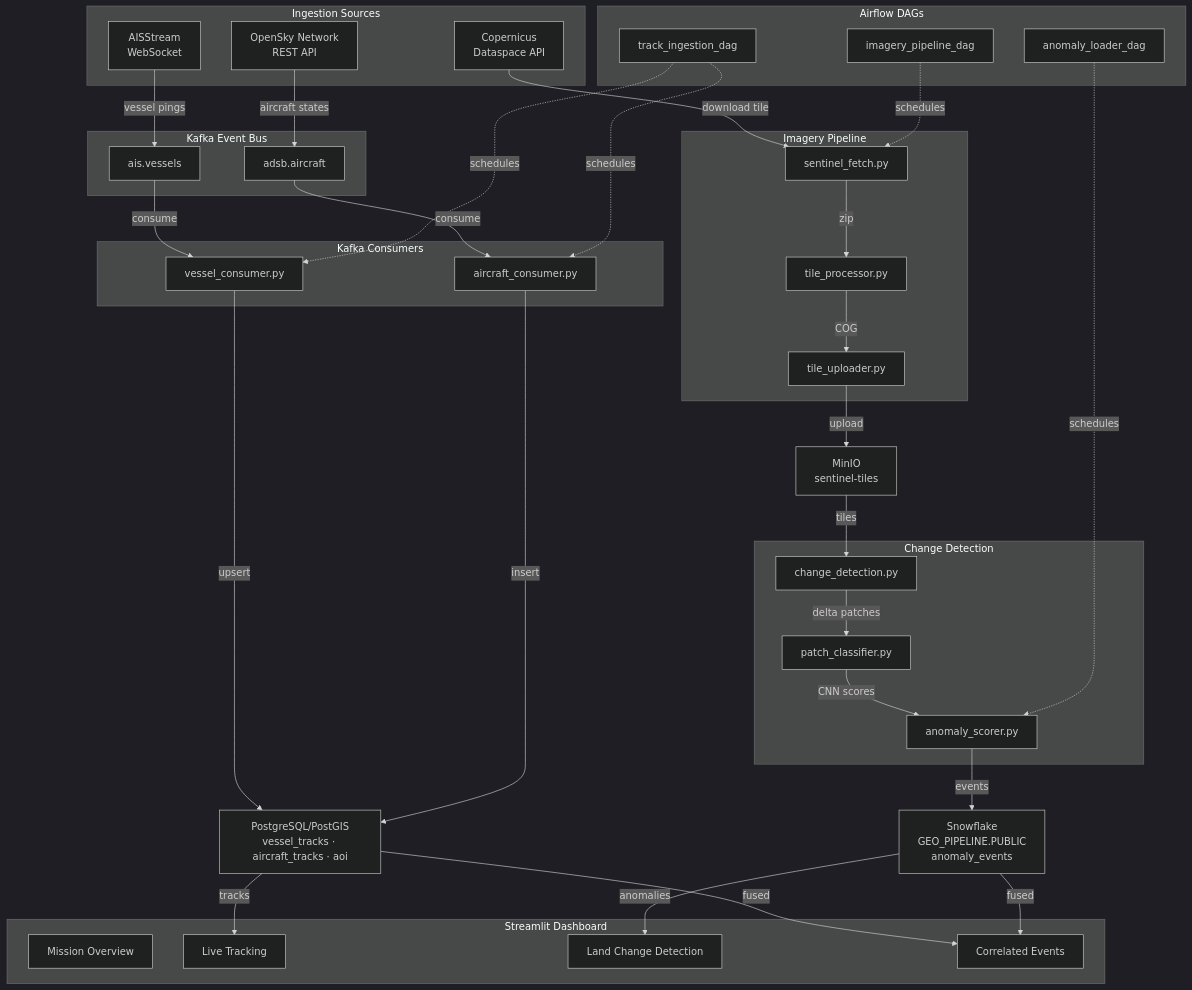
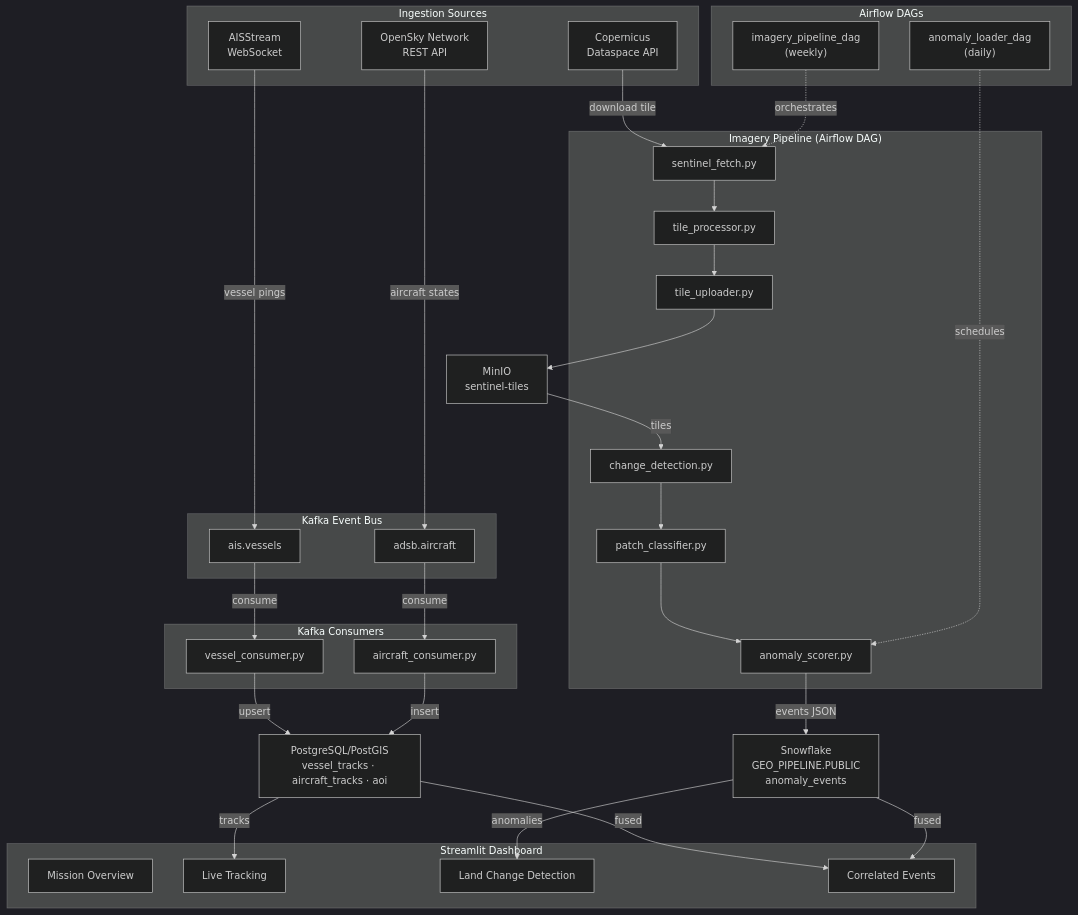
The diagram in README.md (cristi4nhdz/geospatial-activity-pipeline), drawn with Mermaid (dark theme) before and after one commit. The commit also changed other lines of this file, not shown here.

Commit message:
docs: update Python version to 3.12, remove track_ingestion_dag, add patch_classifier.pt to project structure

````diff
--- a/README.md
+++ b/README.md
@@ -34,69 +34,60 @@
 ```mermaid
 flowchart TD
     subgraph Sources["Ingestion Sources"]
         AIS["AISStream\nWebSocket"]
         OpenSky["OpenSky Network\nREST API"]
         Copernicus["Copernicus\nDataspace API"]
     end
 
     subgraph Kafka["Kafka Event Bus"]
         K1["ais.vessels"]
         K2["adsb.aircraft"]
     end
 
     subgraph Consumers["Kafka Consumers"]
         C1["vessel_consumer.py"]
         C2["aircraft_consumer.py"]
     end
 
-    subgraph Imagery["Imagery Pipeline"]
+    subgraph Imagery["Imagery Pipeline (Airflow DAG)"]
         F["sentinel_fetch.py"]
         P["tile_processor.py"]
         U["tile_uploader.py"]
-    end
-
-    subgraph Detection["Change Detection"]
         CD["change_detection.py"]
         PC["patch_classifier.py"]
         AS["anomaly_scorer.py"]
     end
 
     subgraph Orchestration["Airflow DAGs"]
-        D1["track_ingestion_dag"]
-        D2["imagery_pipeline_dag"]
-        D3["anomaly_loader_dag"]
+        D2["imagery_pipeline_dag\n(weekly)"]
+        D3["anomaly_loader_dag\n(daily)"]
     end
 
     subgraph Dashboard["Streamlit Dashboard"]
         DB1["Mission Overview"]
         DB2["Live Tracking"]
         DB3["Land Change Detection"]
         DB4["Correlated Events"]
     end
 
     PG["PostgreSQL/PostGIS\nvessel_tracks · aircraft_tracks · aoi"]
     MN["MinIO\nsentinel-tiles"]
     SF["Snowflake\nGEO_PIPELINE.PUBLIC\nanomaly_events"]
 
     AIS -->|vessel pings| K1
     OpenSky -->|aircraft states| K2
     K1 -->|consume| C1
     K2 -->|consume| C2
     C1 -->|upsert| PG
     C2 -->|insert| PG
     Copernicus -->|download tile| F
-    F -->|zip| P
-    P -->|COG| U
-    U -->|upload| MN
+    F --> P --> U --> MN
     MN -->|tiles| CD
-    CD -->|delta patches| PC
-    PC -->|CNN scores| AS
-    AS -->|events| SF
-    D1 -.->|schedules| C1
-    D1 -.->|schedules| C2
-    D2 -.->|schedules| F
+    CD --> PC --> AS
+    AS -->|events JSON| SF
+    D2 -.->|orchestrates| F
     D3 -.->|schedules| AS
     PG -->|tracks| DB2
     SF -->|anomalies| DB3
     PG & SF -->|fused| DB4
 ```
````
